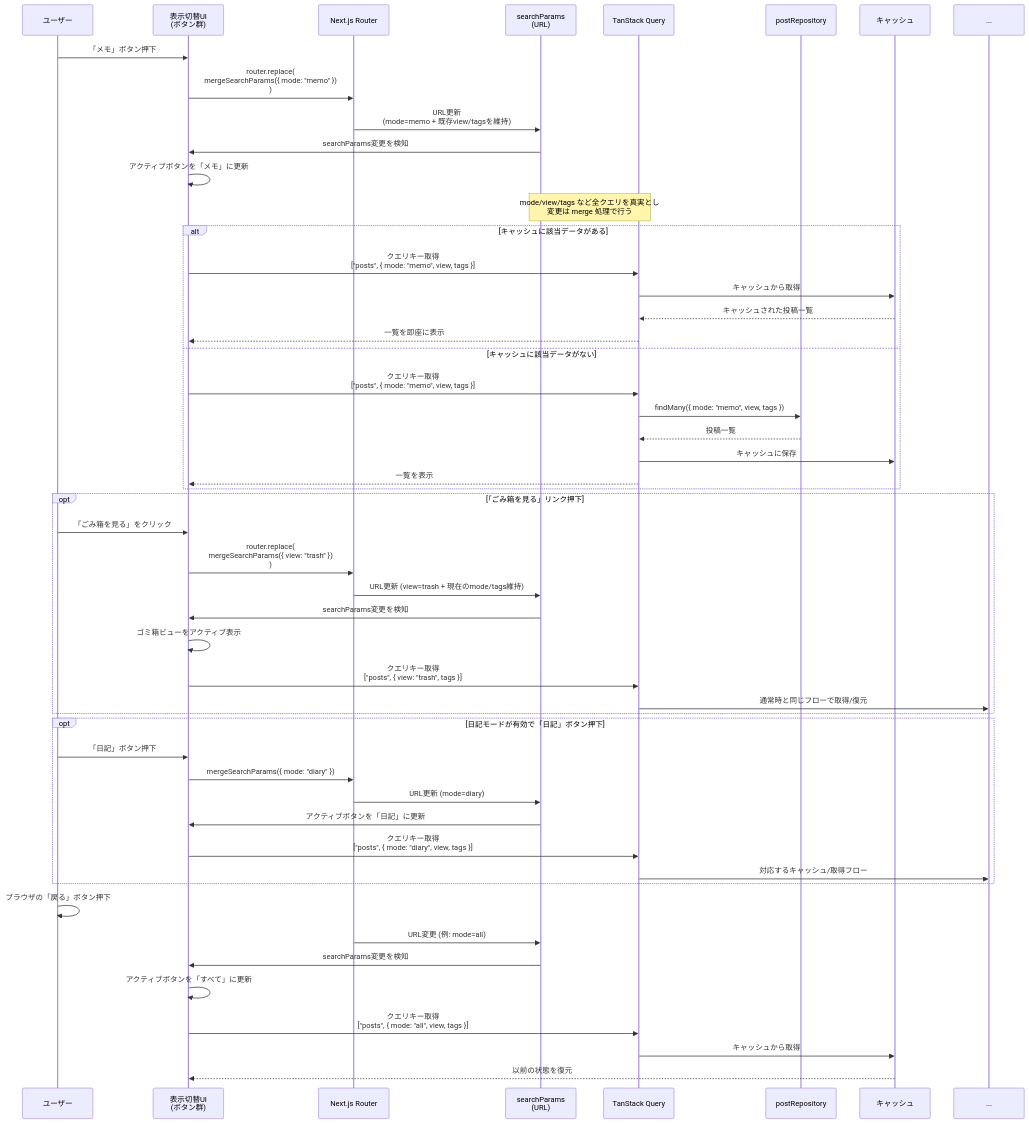
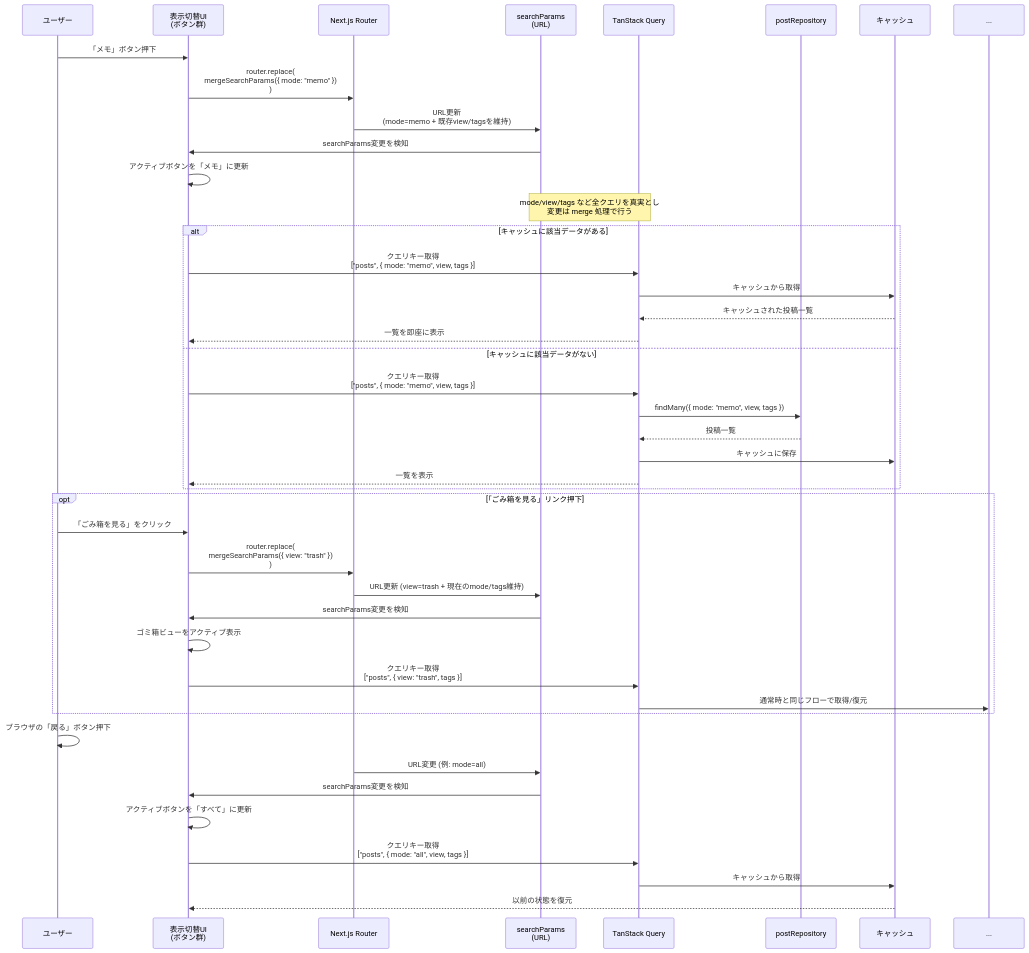
Before and after one commit to kouichi-hoshi/mono-log8: the second of 2 diagrams in docs/02.仕様書.md, drawn with Mermaid. The commit also changed other lines of this file and 3 other files, not shown here.

````diff
--- a/docs/02.仕様書.md
+++ b/docs/02.仕様書.md
@@ -317,58 +310,49 @@
 ```mermaid
 sequenceDiagram
     participant User as ユーザー
     participant UI as 表示切替UI<br/>(ボタン群)
     participant Router as Next.js Router
     participant SearchParams as searchParams<br/>(URL)
     participant Query as TanStack Query
     participant Repo as postRepository
     participant Cache as キャッシュ
 
     User->>UI: 「メモ」ボタン押下
     UI->>Router: router.replace(<br/>  mergeSearchParams({ mode: "memo" })<br/>)
     Router->>SearchParams: URL更新<br/>(mode=memo + 既存view/tagsを維持)
     SearchParams->>UI: searchParams変更を検知
     UI->>UI: アクティブボタンを「メモ」に更新
 
     note over SearchParams,Query: mode/view/tags など全クエリを真実とし<br/>変更は merge 処理で行う
 
     alt キャッシュに該当データがある
         UI->>Query: クエリキー取得<br/>["posts", { mode: "memo", view, tags }]
         Query->>Cache: キャッシュから取得
         Cache-->>Query: キャッシュされた投稿一覧
         Query-->>UI: 一覧を即座に表示
     else キャッシュに該当データがない
         UI->>Query: クエリキー取得<br/>["posts", { mode: "memo", view, tags }]
         Query->>Repo: findMany({ mode: "memo", view, tags })
         Repo-->>Query: 投稿一覧
         Query->>Cache: キャッシュに保存
         Query-->>UI: 一覧を表示
     end
 
     opt 「ごみ箱を見る」リンク押下
         User->>UI: 「ごみ箱を見る」をクリック
         UI->>Router: router.replace(<br/>  mergeSearchParams({ view: "trash" })<br/>)
         Router->>SearchParams: URL更新 (view=trash + 現在のmode/tags維持)
         SearchParams->>UI: searchParams変更を検知
         UI->>UI: ゴミ箱ビューをアクティブ表示
         UI->>Query: クエリキー取得<br/>["posts", { view: "trash", tags }]
         Query->>...: 通常時と同じフローで取得/復元
     end
 
-    opt 日記モードが有効で「日記」ボタン押下
-        User->>UI: 「日記」ボタン押下
-        UI->>Router: mergeSearchParams({ mode: "diary" })
-        Router->>SearchParams: URL更新 (mode=diary)
-        SearchParams->>UI: アクティブボタンを「日記」に更新
-        UI->>Query: クエリキー取得<br/>["posts", { mode: "diary", view, tags }]
-        Query->>...: 対応するキャッシュ/取得フロー
-    end
-
     User->>User: ブラウザの「戻る」ボタン押下
     Router->>SearchParams: URL変更 (例: mode=all)
     SearchParams->>UI: searchParams変更を検知
     UI->>UI: アクティブボタンを「すべて」に更新
     UI->>Query: クエリキー取得<br/>["posts", { mode: "all", view, tags }]
     Query->>Cache: キャッシュから取得
     Cache-->>UI: 以前の状態を復元
 ```
````
